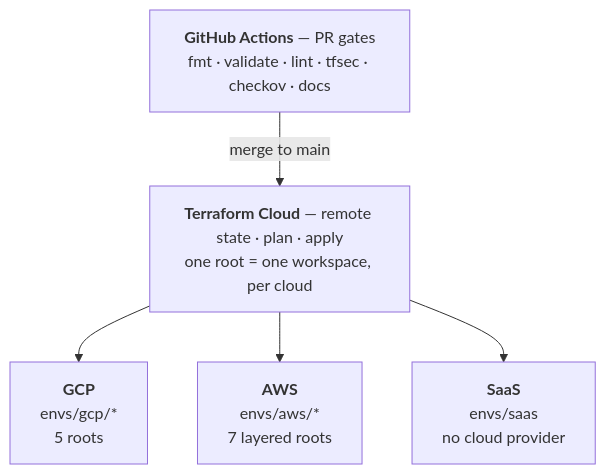
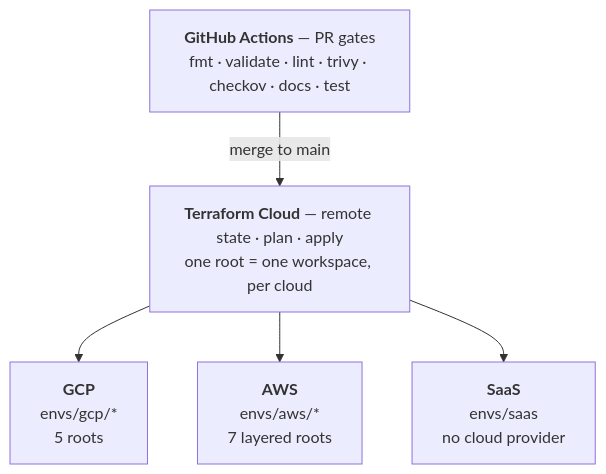
Before and after one commit to EdwinKassier/Ashes-Devops-Tools: the diagram in README.md, drawn with Mermaid. The commit also changed other lines of this file and 50 other files, not shown here.

````diff
--- a/README.md
+++ b/README.md
@@ -70,9 +70,9 @@
 ```mermaid
 flowchart TB
-    CI["<b>GitHub Actions</b> — PR gates<br/>fmt · validate · lint · tfsec · checkov · docs"]
+    CI["<b>GitHub Actions</b> — PR gates<br/>fmt · validate · lint · trivy · checkov · docs · test"]
     TFC["<b>Terraform Cloud</b> — remote state · plan · apply<br/>one root = one workspace, per cloud"]
     CI -->|"merge to main"| TFC
     TFC --> GCP["<b>GCP</b><br/>envs/gcp/*<br/>5 roots"]
     TFC --> AWS["<b>AWS</b><br/>envs/aws/*<br/>7 layered roots"]
     TFC --> SAAS["<b>SaaS</b><br/>envs/saas<br/>no cloud provider"]
 ```
````
